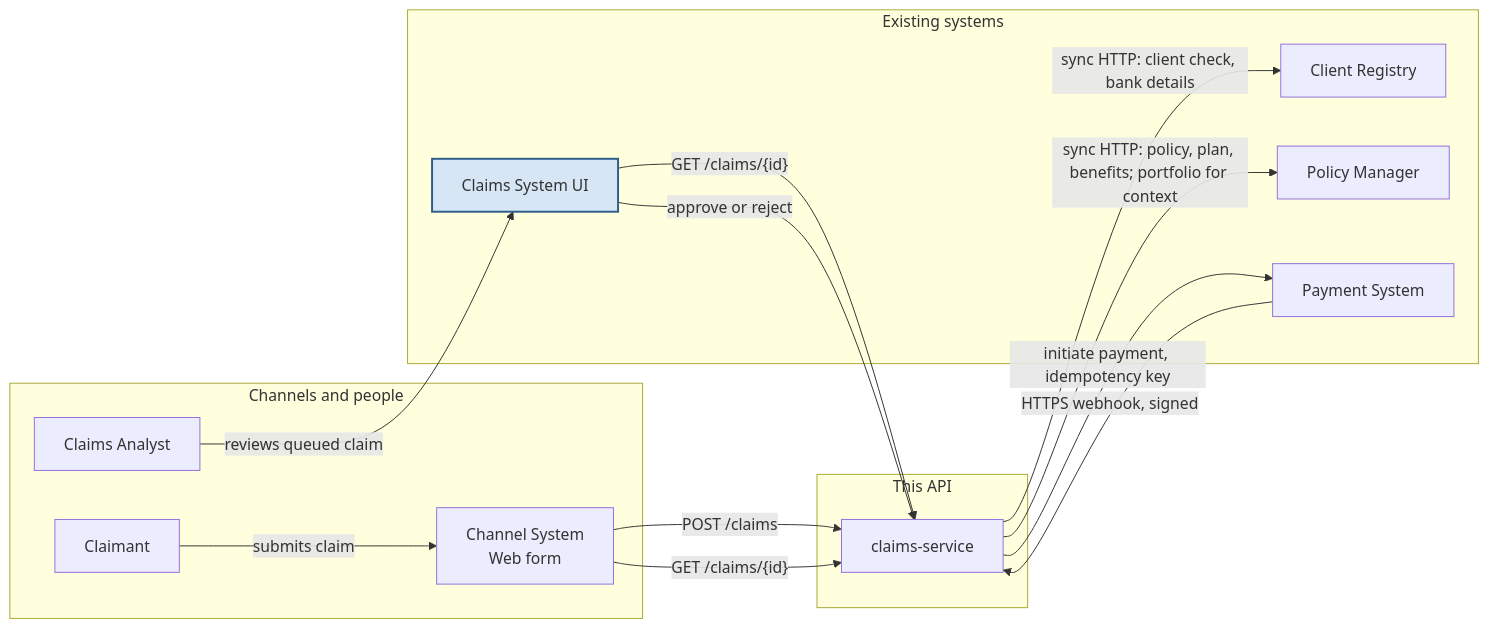
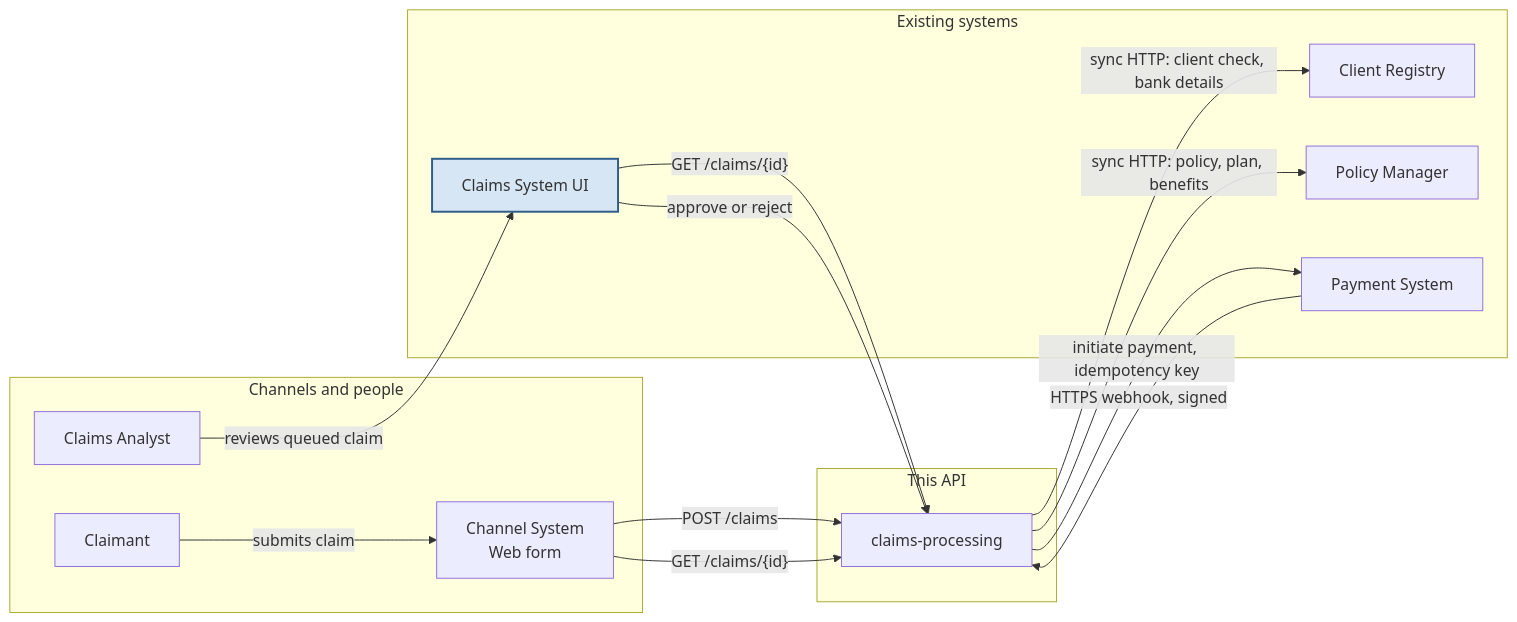
One commit to srf0407/claims-case-study changed the diagram in claims-processing/docs/diagrams/context.md. Above: the diagram before and after it, drawn with Mermaid. The commit also changed other lines of this file and 6 other files, not shown here.

````diff
--- a/claims-processing/docs/diagrams/context.md
+++ b/claims-processing/docs/diagrams/context.md
@@ -3,32 +3,32 @@
 ```mermaid
 flowchart LR
   subgraph people["Channels and people"]
     Claimant["Claimant"]
     Analyst["Claims Analyst"]
     Channel["Channel System<br/>Web form"]
   end
 
   subgraph api["This API"]
-    Service["claims-service"]
+    Service["claims-processing"]
   end
 
   subgraph existing["Existing systems"]
     UI["Claims System UI"]
     Registry["Client Registry"]
     Policy["Policy Manager"]
     Payment["Payment System"]
   end
 
   Claimant -->|"submits claim"| Channel
   Channel -->|"POST /claims"| Service
   Channel -->|"GET /claims/{id}"| Service
   Analyst -->|"reviews queued claim"| UI
   UI -->|"GET /claims/{id}"| Service
   UI -->|"approve or reject"| Service
   Service -->|"sync HTTP: client check, bank details"| Registry
-  Service -->|"sync HTTP: policy, plan, benefits; portfolio for context"| Policy
+  Service -->|"sync HTTP: policy, plan, benefits"| Policy
   Service -->|"initiate payment, idempotency key"| Payment
   Payment -->|"HTTPS webhook, signed"| Service
 
   style UI fill:#d6e6f5,stroke:#2f5d8a,stroke-width:2px
 ```
````
